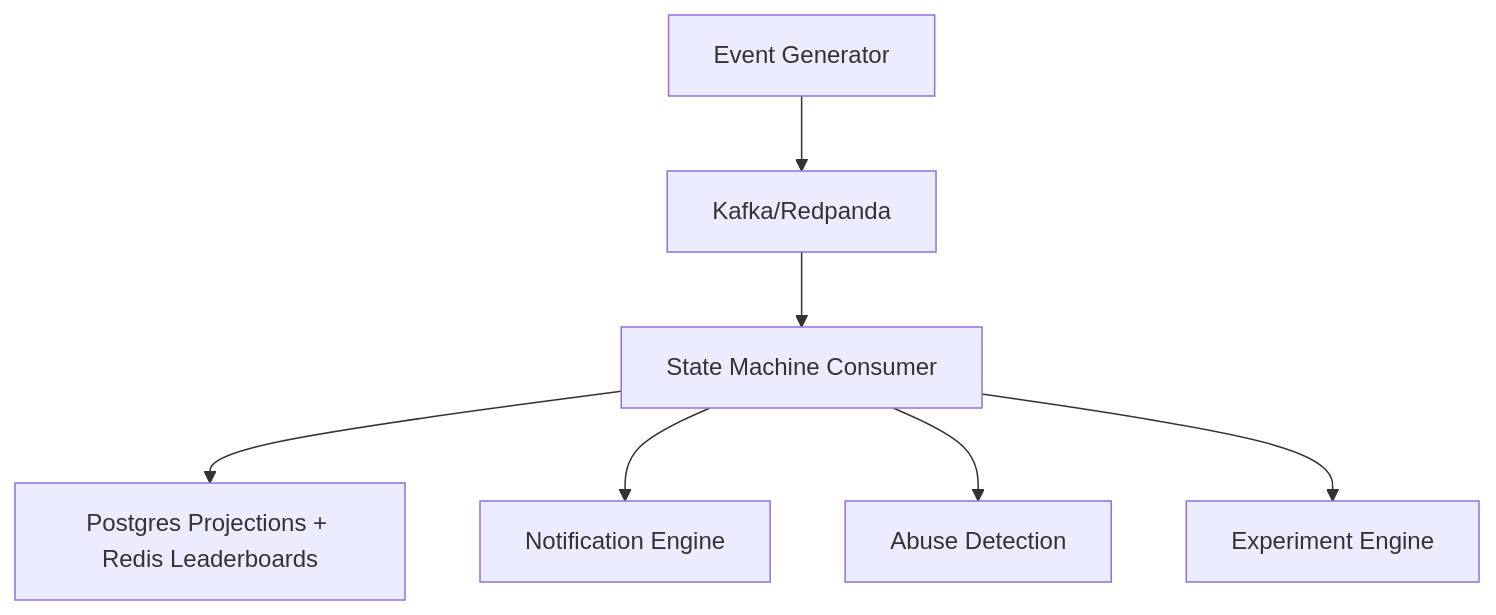
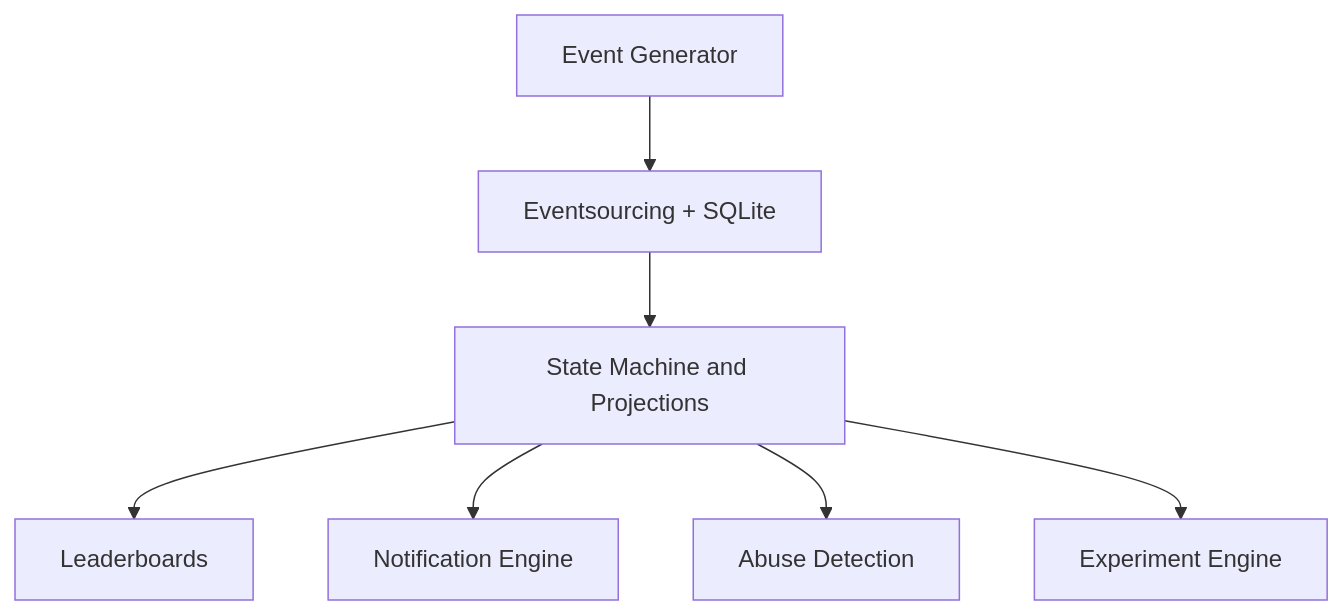
The diagram in README.md (thisissam-1706/gamification-engine), drawn with Mermaid before and after one commit. The commit also changed other lines of this file and 25 other files, not shown here.

````diff
--- a/README.md
+++ b/README.md
@@ -7,9 +9,9 @@
 ```mermaid
 flowchart TD
-    A[Event Generator] --> B[Kafka/Redpanda]
-    B --> C[State Machine Consumer]
-    C --> D[Postgres Projections + Redis Leaderboards]
+    A[Event Generator] --> B[Eventsourcing + SQLite]
+    B --> C[State Machine and Projections]
+    C --> D[Leaderboards]
     C --> E[Notification Engine]
     C --> F[Abuse Detection]
     C --> G[Experiment Engine]
 ```
````
